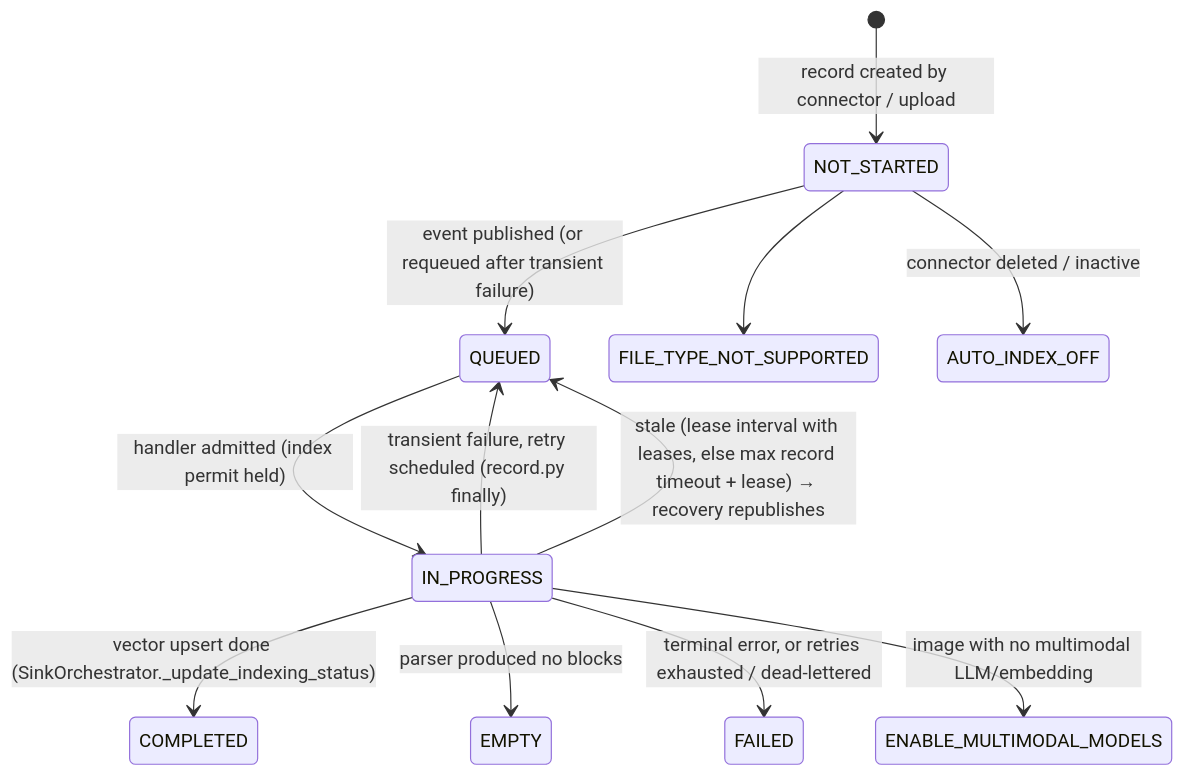
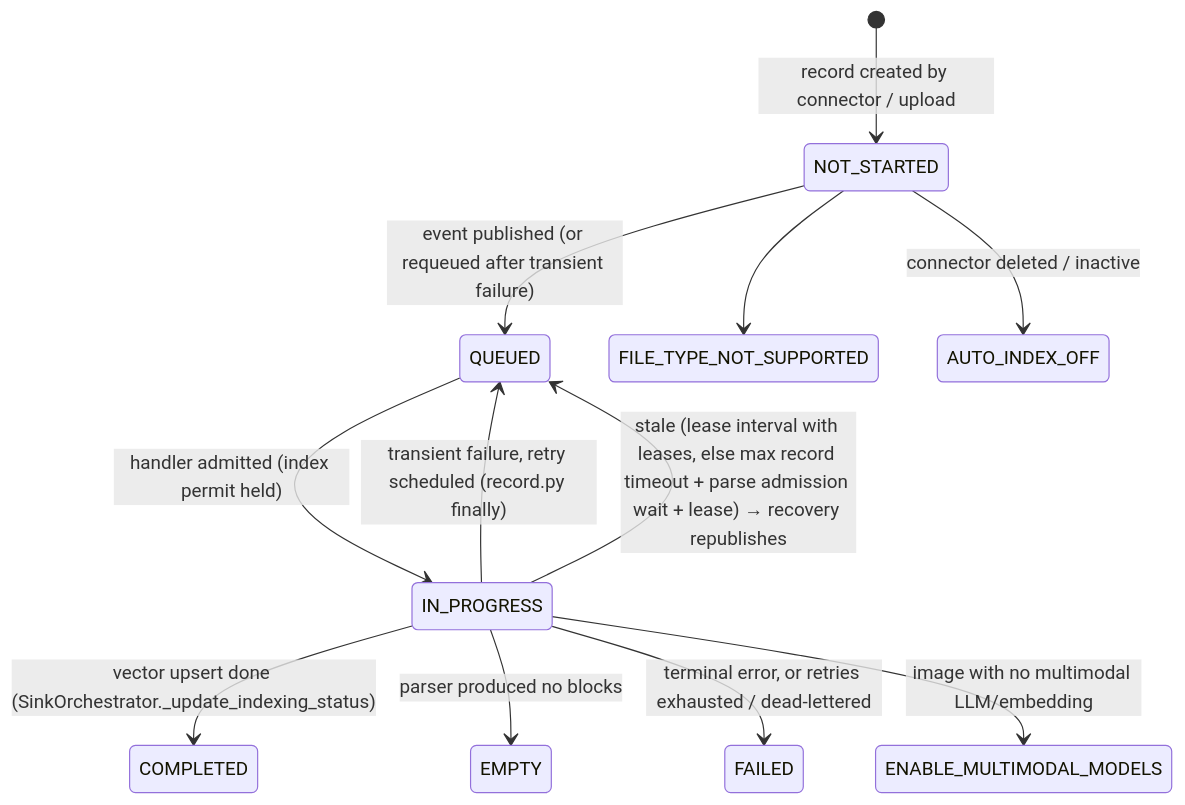
One commit to pipeshub-ai/pipeshub-ai changed the second of 4 diagrams in docs/indexing-service.md. Above: the diagram before and after it, drawn with Mermaid. The commit also changed other lines of this file and 4 other files, not shown here.

````diff
--- a/docs/indexing-service.md
+++ b/docs/indexing-service.md
@@ -69,14 +69,14 @@
 ```mermaid
 stateDiagram-v2
     [*] --> NOT_STARTED: record created by connector / upload
     NOT_STARTED --> QUEUED: event published (or requeued after transient failure)
     QUEUED --> IN_PROGRESS: handler admitted (index permit held)
     IN_PROGRESS --> COMPLETED: vector upsert done (SinkOrchestrator._update_indexing_status)
     IN_PROGRESS --> EMPTY: parser produced no blocks
     IN_PROGRESS --> QUEUED: transient failure, retry scheduled (record.py finally)
     IN_PROGRESS --> FAILED: terminal error, or retries exhausted / dead-lettered
-    IN_PROGRESS --> QUEUED: stale (lease interval with leases, else max record timeout + lease) → recovery republishes
+    IN_PROGRESS --> QUEUED: stale (lease interval with leases, else max record timeout + parse admission wait + lease) → recovery republishes
     NOT_STARTED --> FILE_TYPE_NOT_SUPPORTED
     NOT_STARTED --> AUTO_INDEX_OFF: connector deleted / inactive
     IN_PROGRESS --> ENABLE_MULTIMODAL_MODELS: image with no multimodal LLM/embedding
 ```
````
